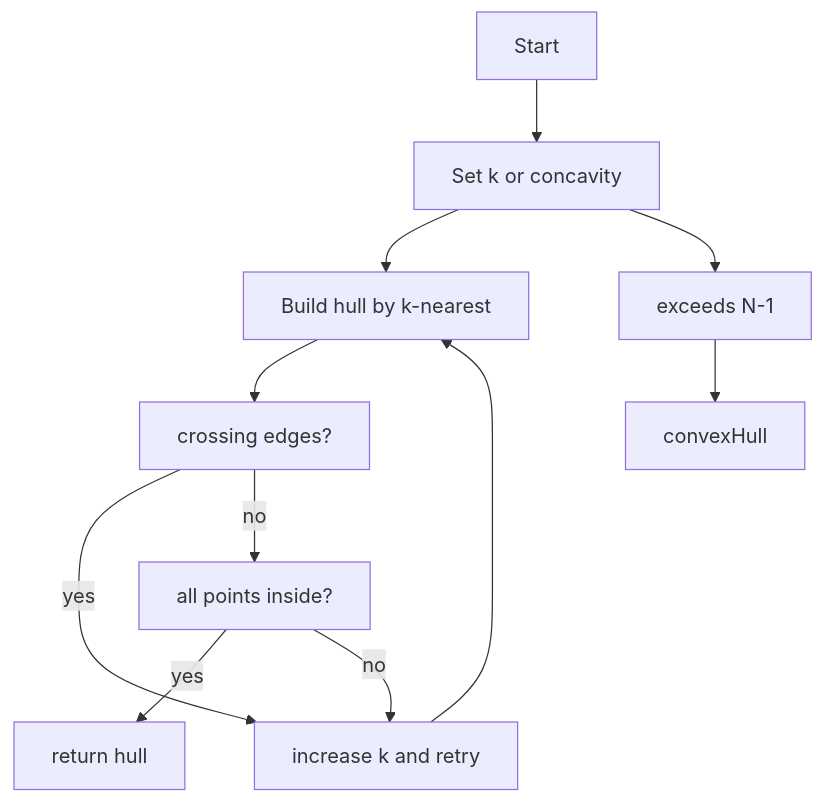
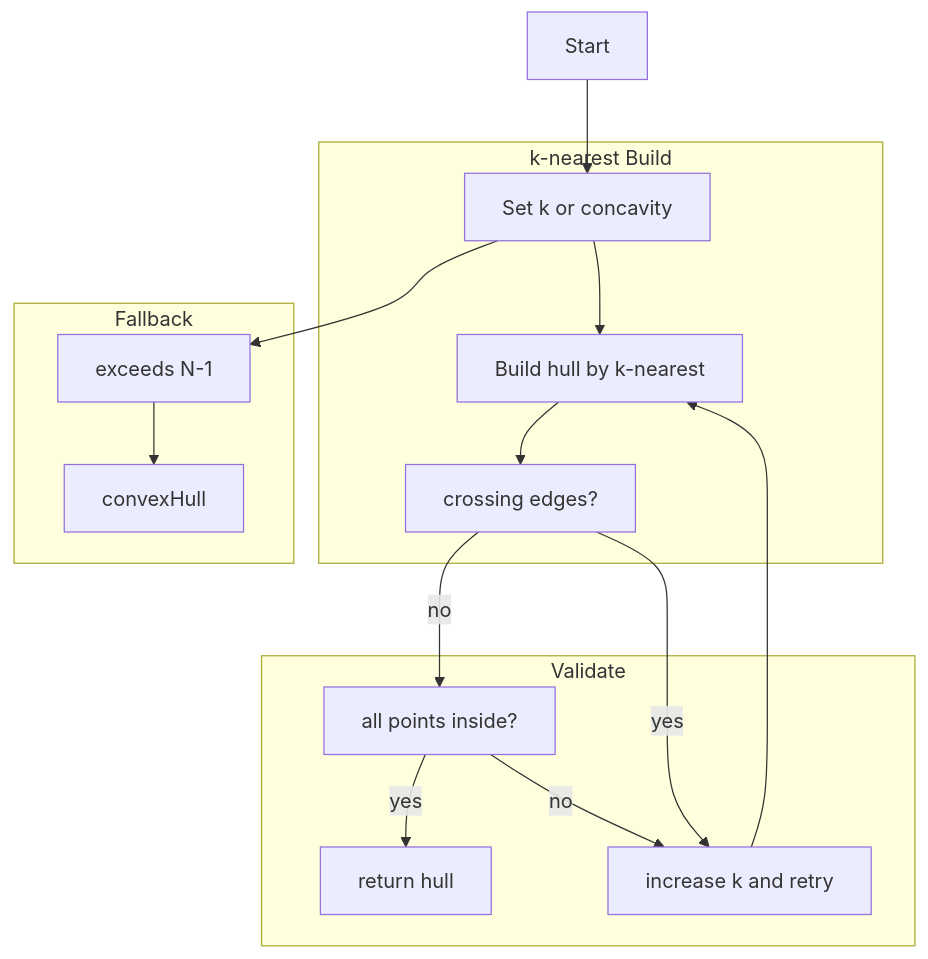
One commit to Gh0st352/AETHR changed the sixth of 7 diagrams in docs/poly/README.md. Above: the diagram before and after it, drawn with Mermaid. The commit also changed other lines of this file and 9 other files, not shown here.

First line of the commit message:
docs(poly): improve README headings and mermaid diagrams

````diff
--- a/docs/poly/README.md
+++ b/docs/poly/README.md
@@ -129,13 +170,25 @@
 ```mermaid
+%% shared theme: docs/_mermaid/theme.json %%
 flowchart TD
   A[Start] --> K[Set k or concavity]
-  K --> LOOP[Build hull by k-nearest]
-  LOOP --> CROSS[crossing edges?]
-  CROSS -->|yes| INC[increase k and retry]
-  CROSS -->|no| VERIFY[all points inside?]
-  VERIFY -->|yes| DONE[return hull]
-  VERIFY -->|no| INC
+  subgraph "k-nearest Build"
+    K --> LOOP[Build hull by k-nearest]
+    LOOP --> CROSS[crossing edges?]
+  end
+  subgraph "Validate"
+    CROSS -->|no| VERIFY[all points inside?]
+    VERIFY -->|yes| DONE[return hull]
+    VERIFY -->|no| INC[increase k and retry]
+  end
+  CROSS -->|yes| INC
   INC --> LOOP
   K --> FAIL[exceeds N-1]
-  FAIL --> CH[convexHull]
+  subgraph "Fallback"
+    FAIL --> CH[convexHull]
+  end
+
+  class A,K,LOOP,INC class_step;
+  class CROSS,VERIFY,FAIL class_decision;
+  class DONE class_result;
+  class CH class_compute;
 ```
````
